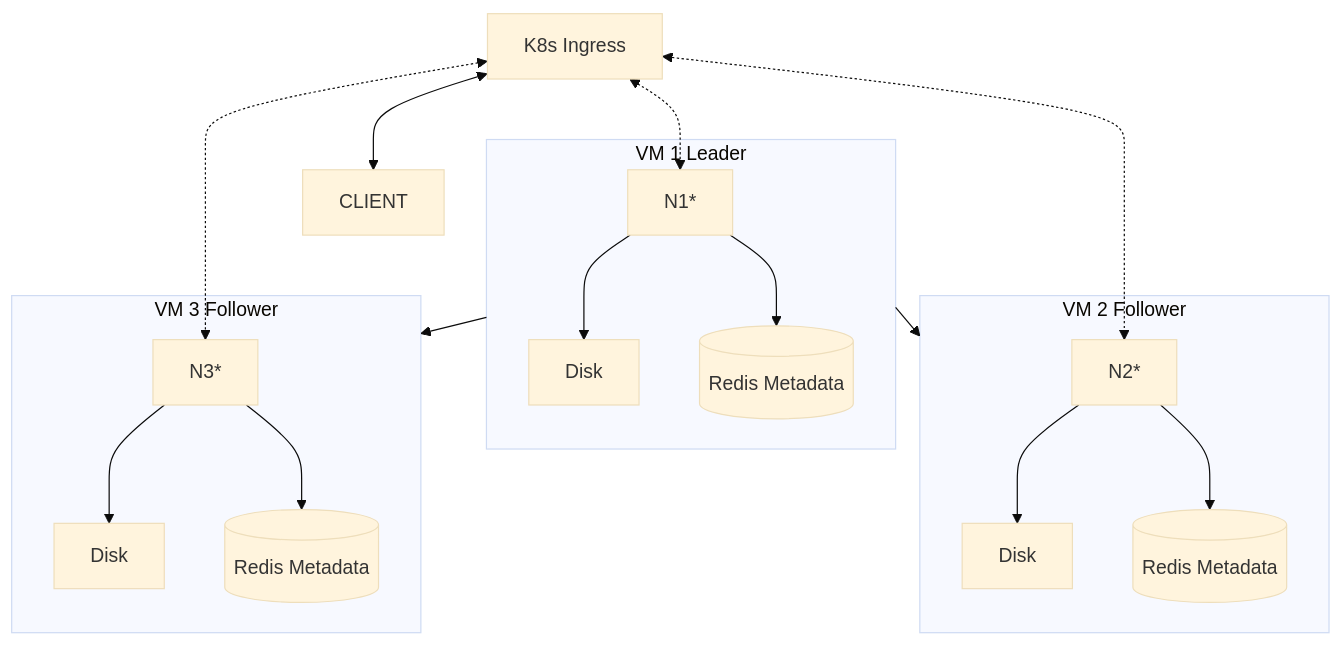
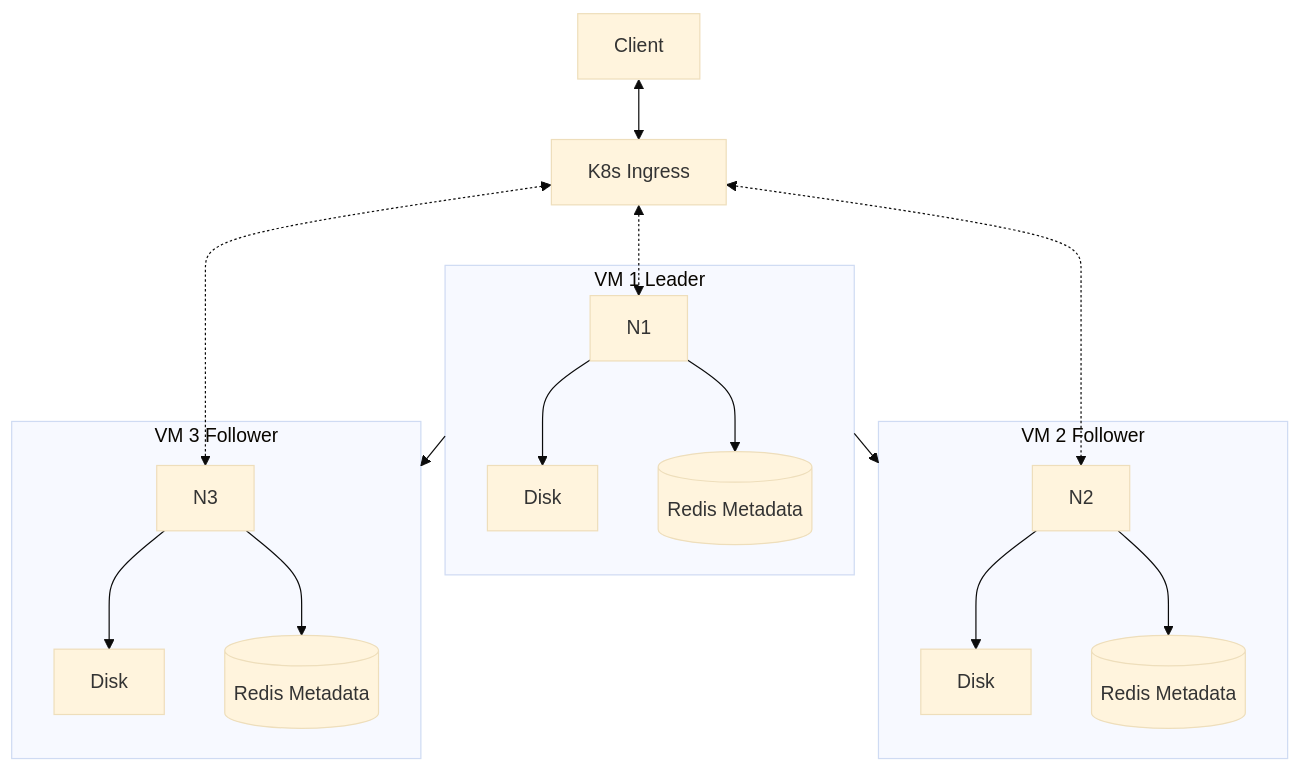
The diagram in README.md (UniversityOfHelsinkiCS/distributed-file-system), drawn with Mermaid (base theme) before and after one commit. The commit also changed other lines of this file, not shown here.

````diff
--- a/README.md
+++ b/README.md
@@ -54,28 +60,27 @@
 ```mermaid
 graph TD;
     subgraph VM1[VM 1 Leader]
-        N1* --> Disk1[Disk]
-        N1* --> Redis1[(Redis Metadata)]
+        N1 --> Disk1[Disk]
+        N1 --> Redis1[(Redis Metadata)]
     end
 
     subgraph VM2[VM 2 Follower]
-        N2* --> Disk2[Disk]
-        N2* --> Redis2[(Redis Metadata)]
+        N2 --> Disk2[Disk]
+        N2 --> Redis2[(Redis Metadata)]
     end
 
     subgraph VM3[VM 3 Follower]
-        N3* --> Disk3[Disk]
-        N3* --> Redis3[(Redis Metadata)]
+        N3 --> Disk3[Disk]
+        N3 --> Redis3[(Redis Metadata)]
     end
 
-    CLIENT
+    Client
+    Client <--> K8s[K8s Ingress];
 
-    K8s[K8s Ingress] <--> CLIENT;
-
-    K8s <-.-> N1*;
-    K8s <-.-> N2*;
-    K8s <-.-> N3*;
+    K8s <-.-> N1;
+    K8s <-.-> N2;
+    K8s <-.-> N3;
 
     VM1 --> VM2;
     VM1 --> VM3;
 ```
````
